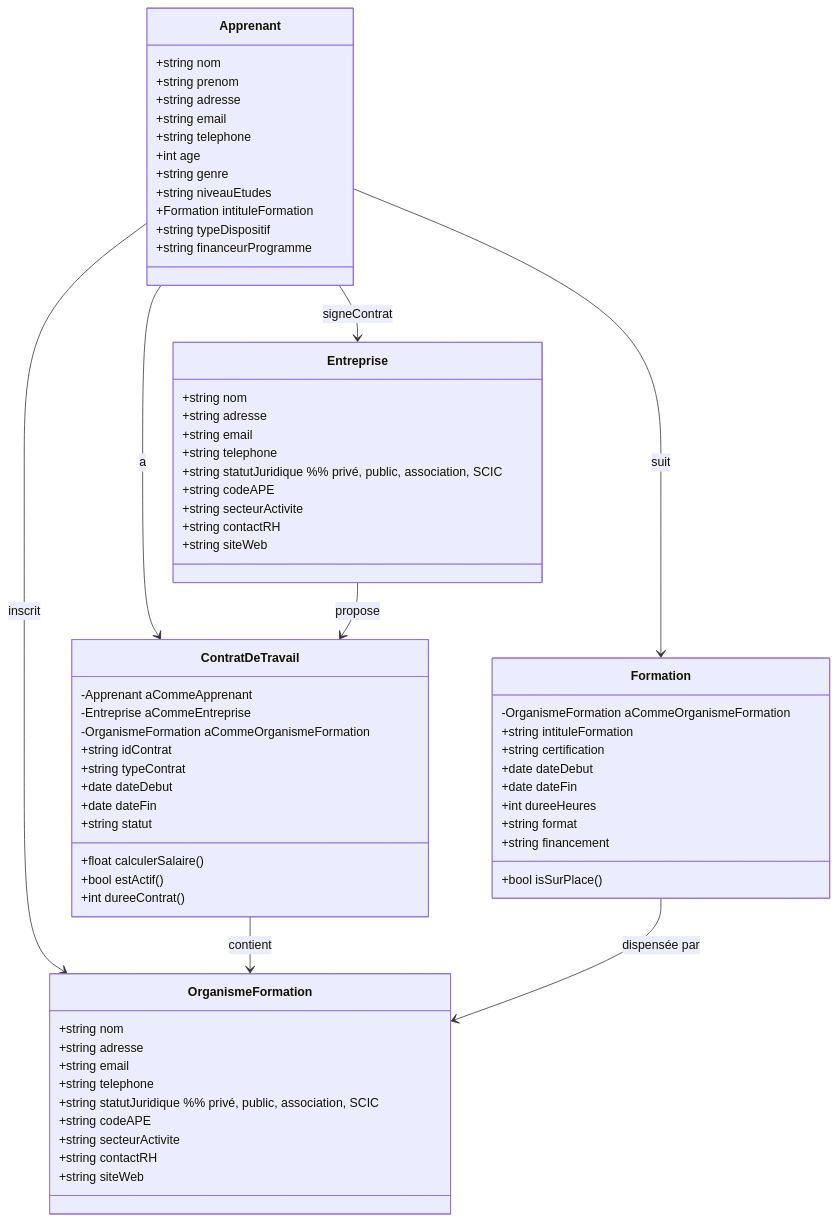
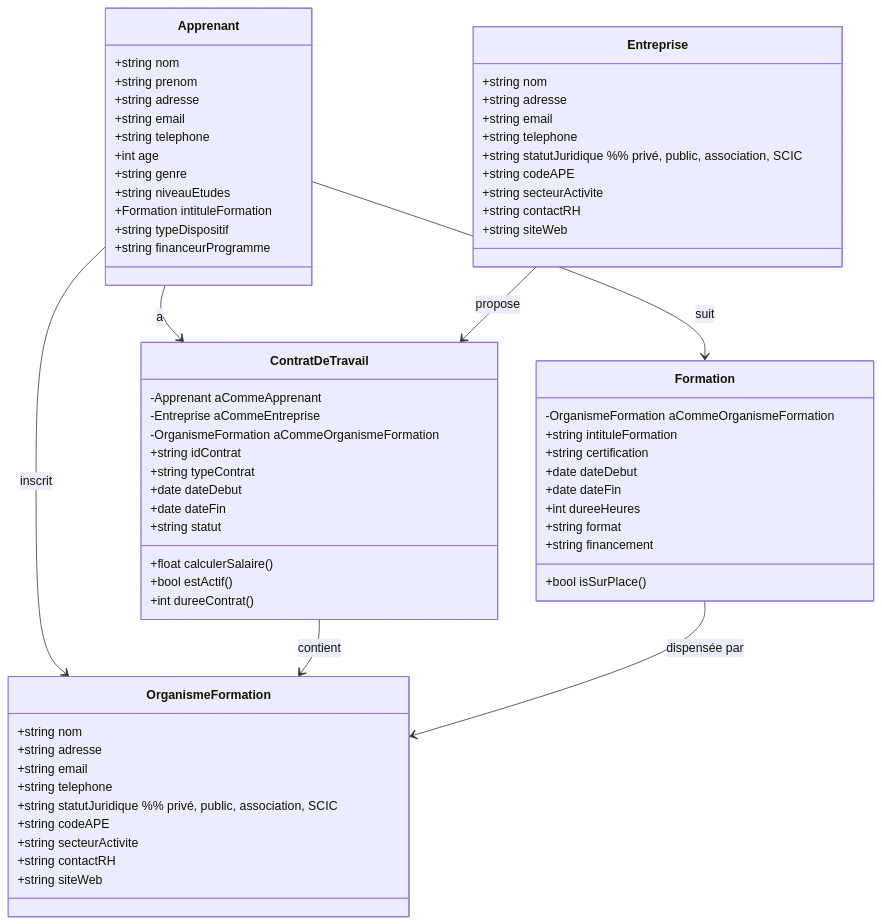
One commit to bouzidifatimazohra00-ux/inclusion-numerique-93 changed the diagram in acteurs.md. Above: the diagram before and after it, drawn with Mermaid.

Commit message:
Remove relationship between Apprenant and Entreprise

````diff
--- a/acteurs.md
+++ b/acteurs.md
@@ -1,76 +1,75 @@
 ```mermaid
 classDiagram
 class Apprenant {
   +string nom
   +string prenom
   +string adresse
   +string email
   +string telephone
   +int age
   +string genre
   +string niveauEtudes
   +Formation intituleFormation
   +string typeDispositif
   +string financeurProgramme
 }
 
 class OrganismeFormation {
   +string nom
   +string adresse
   +string email
   +string telephone    
   +string statutJuridique        %% privé, public, association, SCIC
   +string codeAPE
   +string secteurActivite
   +string contactRH
   +string siteWeb
 }
 
 class Entreprise {
   +string nom
   +string adresse
   +string email
   +string telephone
   +string statutJuridique        %% privé, public, association, SCIC
   +string codeAPE
   +string secteurActivite
   +string contactRH
   +string siteWeb
 }
 
 class ContratDeTravail {
   -Apprenant aCommeApprenant
   -Entreprise aCommeEntreprise
   -OrganismeFormation aCommeOrganismeFormation
   +string idContrat
   +string typeContrat
   +date dateDebut
   +date dateFin
   +string statut
   +float calculerSalaire()     
   +bool estActif()
   +int dureeContrat()
 }
 
 class Formation {
   -OrganismeFormation aCommeOrganismeFormation
   +string intituleFormation
   +string certification
   +date dateDebut
   +date dateFin
   +int dureeHeures
   +string format
   +string financement
   +bool isSurPlace()
 }
 
 %% Relations simplifiées
 Apprenant --> Formation : suit
 Apprenant --> ContratDeTravail : a
-Apprenant --> Entreprise : signeContrat
 Apprenant --> OrganismeFormation : inscrit
 Entreprise --> ContratDeTravail : propose
 ContratDeTravail --> OrganismeFormation : contient
 Formation --> OrganismeFormation : dispensée par
 
 ```
````
